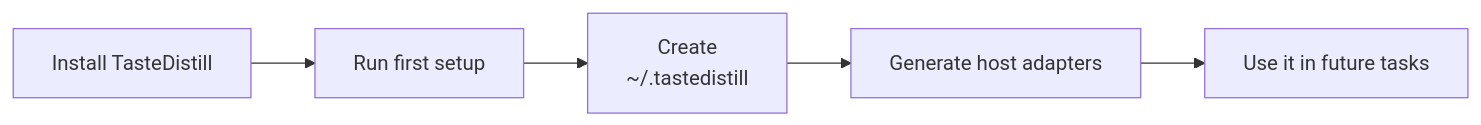
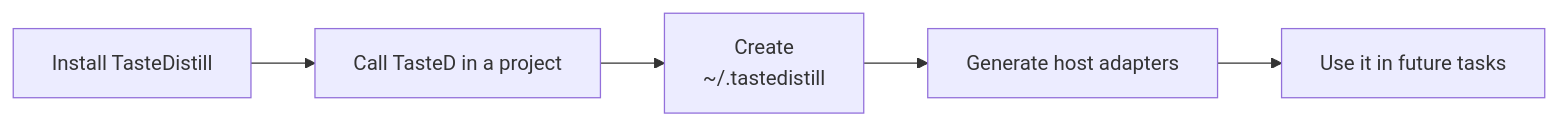
Before and after one commit to sssstwee/tastedistill: the second of 3 diagrams in README.md, drawn with Mermaid. The commit also changed other lines of this file and 1 other file, not shown here.

Commit message:
Refine TasteD first-use examples

````diff
--- a/README.md
+++ b/README.md
@@ -77,7 +77,7 @@
 ```mermaid
 flowchart LR
-    A["Install TasteDistill"] --> B["Run first setup"]
+    A["Install TasteDistill"] --> B["Call TasteD in a project"]
     B --> C["Create<br/>~/.tastedistill"]
     C --> D["Generate host adapters"]
     D --> E["Use it in future tasks"]
 ```
````
